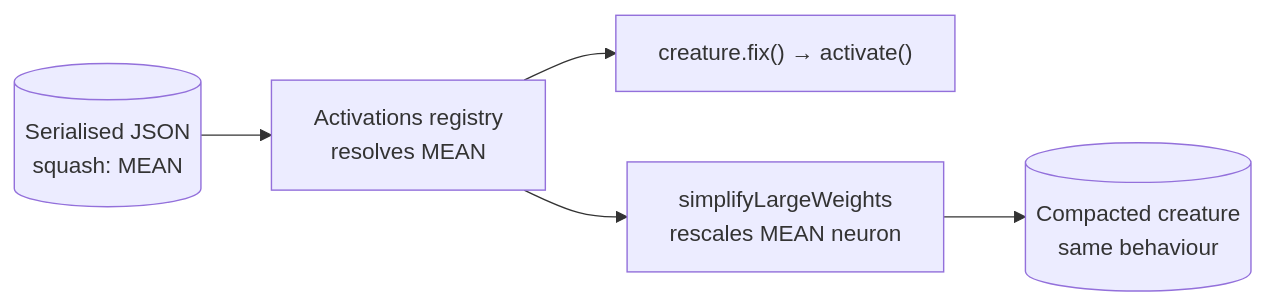
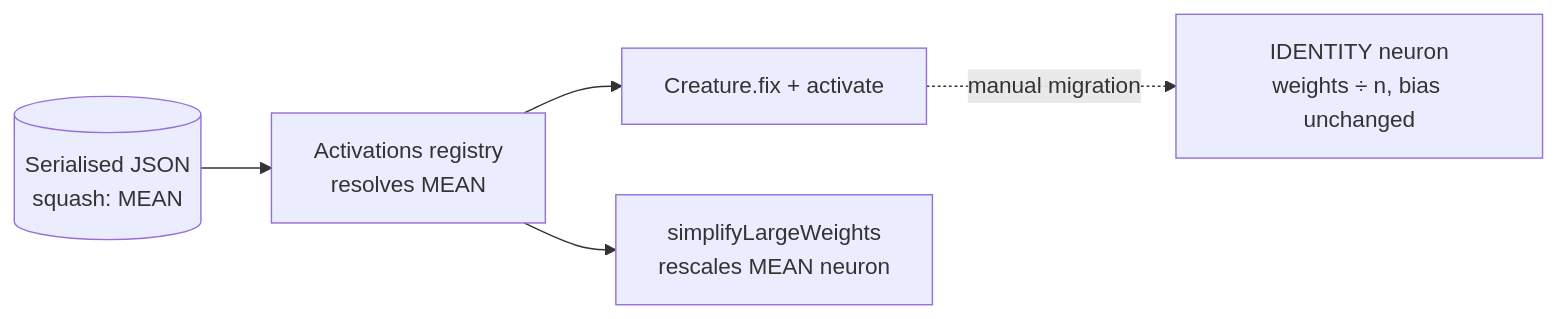
The diagram in docs/archive/pr-summaries/pr-summary-3448.md (stSoftwareAU/NEAT-AI), drawn with Mermaid before and after one commit. The commit also changed other lines of this file, not shown here.

````diff
--- a/docs/archive/pr-summaries/pr-summary-3448.md
+++ b/docs/archive/pr-summaries/pr-summary-3448.md
@@ -44,7 +46,7 @@
 ```mermaid
 flowchart LR
     J[(Serialised JSON<br/>squash: MEAN)] --> R[Activations registry<br/>resolves MEAN]
-    R --> A["creature.fix() → activate()"]
+    R --> A[Creature.fix + activate]
     R --> C["simplifyLargeWeights<br/>rescales MEAN neuron"]
-    C --> K[(Compacted creature<br/>same behaviour)]
+    A -.manual migration.-> I["IDENTITY neuron<br/>weights ÷ n, bias unchanged"]
 ```
````
